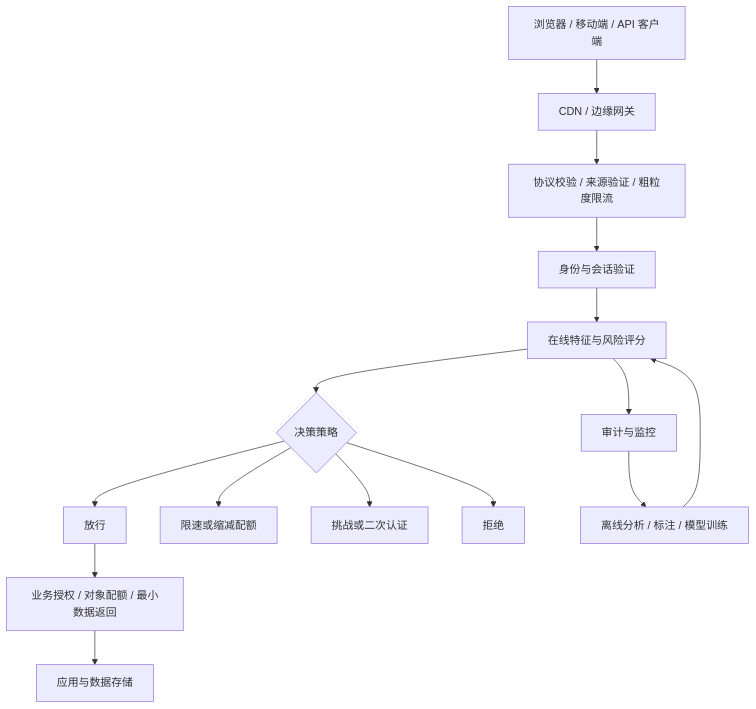
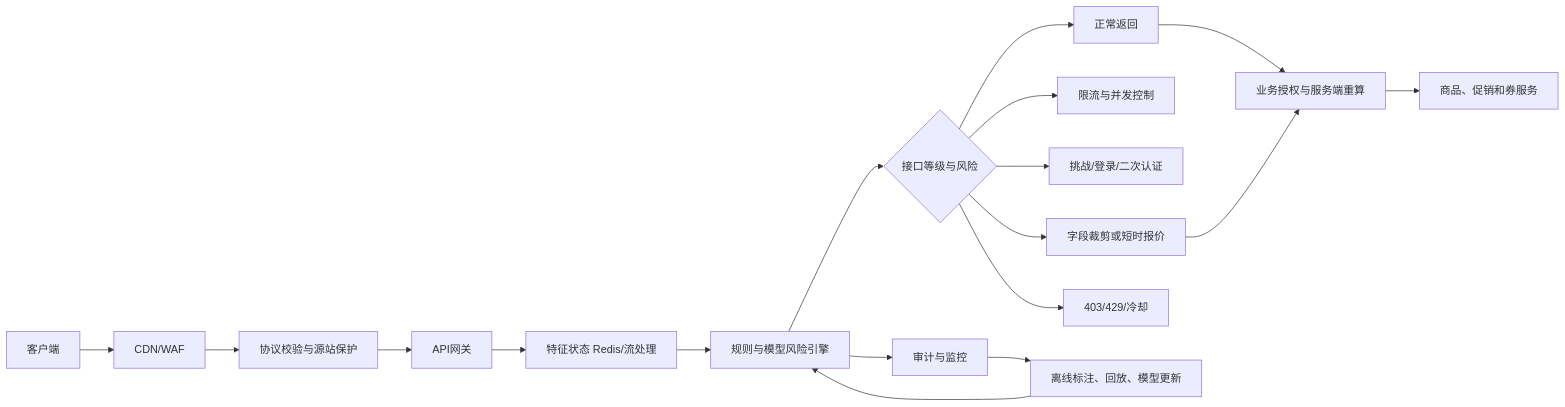
Before and after one commit to zhaozhengithub/myfirst: the diagram in docs/anti-scraping-guide.md, drawn with Mermaid. The commit also changed other lines of this file, not shown here.

````diff
--- a/docs/anti-scraping-guide.md
+++ b/docs/anti-scraping-guide.md
@@ -64,17 +48,20 @@
-```mermaid
-flowchart TD
-    A[浏览器 / 移动端 / API 客户端] --> B[CDN / 边缘网关]
-    B --> C[协议校验 / 来源验证 / 粗粒度限流]
-    C --> D[身份与会话验证]
-    D --> E[在线特征与风险评分]
-    E --> F{决策策略}
-    F --> G[放行]
-    F --> H[限速或缩减配额]
-    F --> I[挑战或二次认证]
-    F --> J[拒绝]
-    G --> K[业务授权 / 对象配额 / 最小数据返回]
-    K --> L[应用与数据存储]
-    E --> M[审计与监控]
-    M --> N[离线分析 / 标注 / 模型训练]
-    N --> E
-```
+~~~mermaid
+flowchart LR
+  A[客户端] --> B[CDN/WAF]
+  B --> C[协议校验与源站保护]
+  C --> D[API网关]
+  D --> E[特征状态 Redis/流处理]
+  E --> F[规则与模型风险引擎]
+  F --> G{接口等级与风险}
+  G --> H[正常返回]
+  G --> I[限流与并发控制]
+  G --> J[挑战/登录/二次认证]
+  G --> K[字段裁剪或短时报价]
+  G --> L[403/429/冷却]
+  H --> M[业务授权与服务端重算]
+  K --> M
+  M --> N[商品、促销和券服务]
+  F --> O[审计与监控]
+  O --> P[离线标注、回放、模型更新]
+  P --> F
+~~~
````
